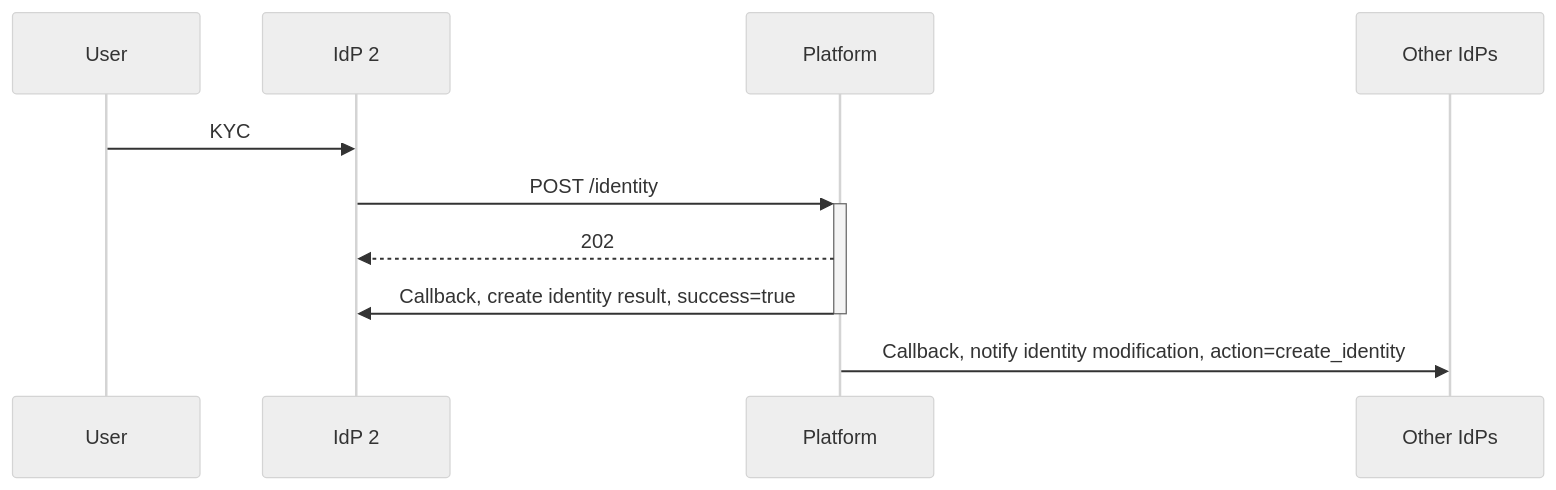
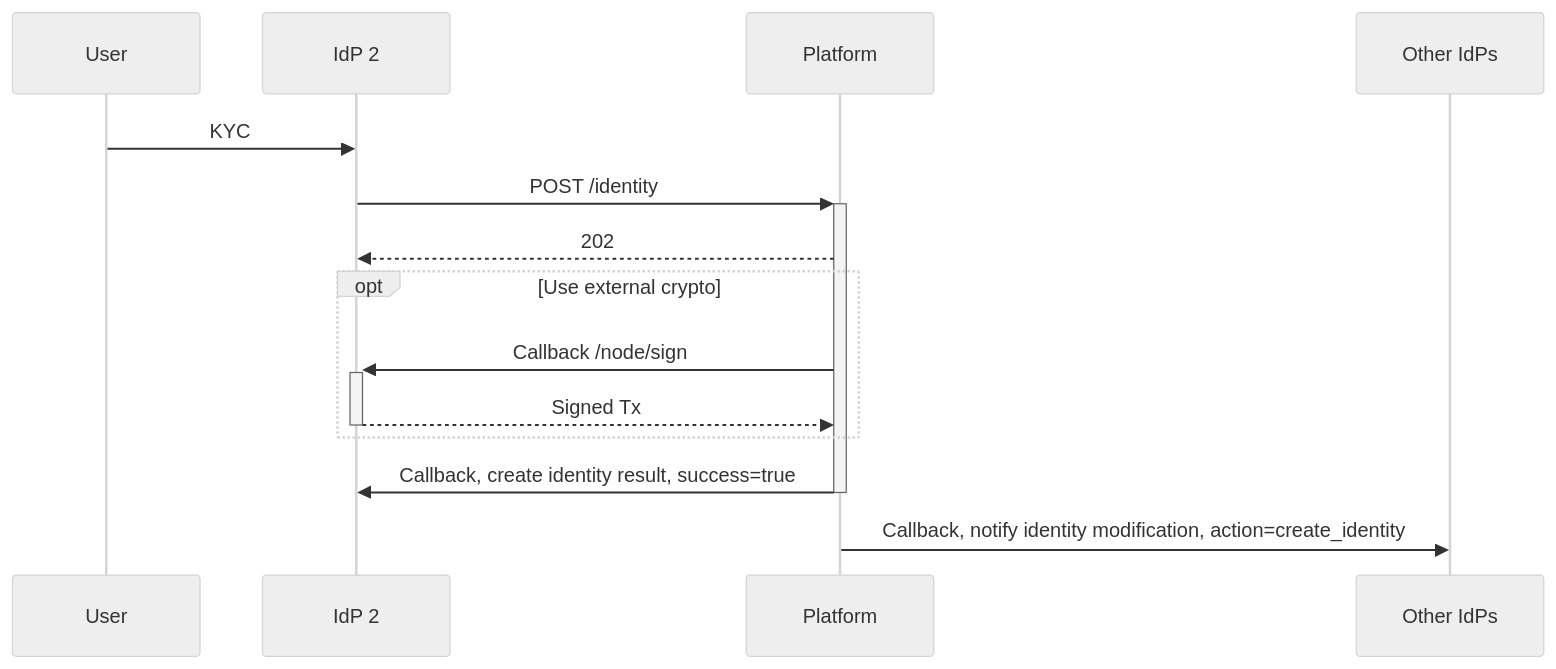
The second of 3 diagrams in flows/create-identity.md (ndidplatform/ndidplatform.github.io), drawn with Mermaid (neutral theme) before and after one commit. The commit also changed other lines of this file and 2 other files, not shown here.

Commit message:
Add opt flows to sequence diagrams

````diff
--- a/flows/create-identity.md
+++ b/flows/create-identity.md
@@ -24,12 +28,16 @@
 ```mermaid
 sequenceDiagram
     participant User
     participant IdP 2
     participant Platform
     participant Other IdPs
     User->>IdP 2: KYC
     IdP 2->>+Platform: POST /identity
     Platform-->>IdP 2: 202
+    opt Use external crypto
+        Platform->>+IdP 2: Callback /node/sign
+        IdP 2-->>-Platform: Signed Tx
+    end
     Platform->>-IdP 2: Callback, create identity result, success=true
     Platform->>Other IdPs: Callback, notify identity modification, action=create_identity
 ```
````
